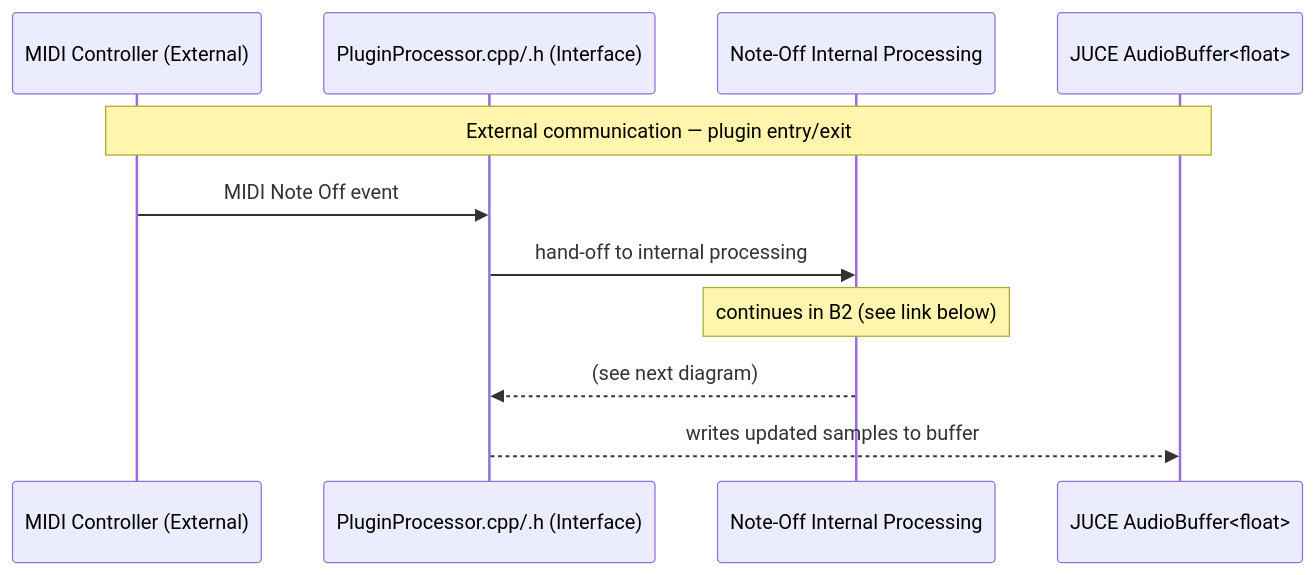
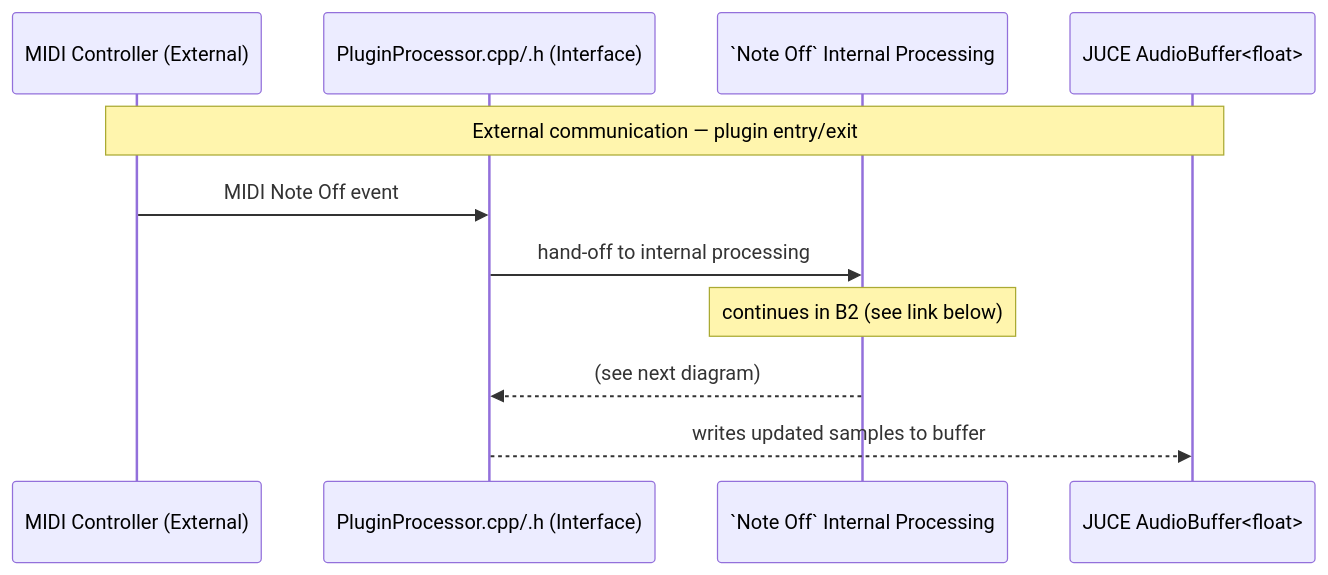
Before and after one commit to TYLERSFOSTER/MIDIControl001: the fourth of 8 diagrams in docs/architecture.md, drawn with Mermaid. The commit also changed other lines of this file, not shown here.

Commit message:
work on architecture.md

````diff
--- a/docs/architecture.md
+++ b/docs/architecture.md
@@ -57,14 +63,14 @@
 ```mermaid
 sequenceDiagram
 participant MIDI as MIDI Controller (External)
 participant PluginProcessor as PluginProcessor.cpp/.h (Interface)
-participant Ref as Note-Off Internal Processing
+participant Ref as `Note Off` Internal Processing
 participant Buffer as JUCE AudioBuffer<float>
 
 Note over MIDI,Buffer: External communication — plugin entry/exit
 MIDI->>PluginProcessor: MIDI Note Off event
 PluginProcessor->>Ref: hand-off to internal processing
 Note over Ref: continues in B2 (see link below)
 Ref-->>PluginProcessor: (see next diagram)
 PluginProcessor-->>Buffer: writes updated samples to buffer
 ```
````
